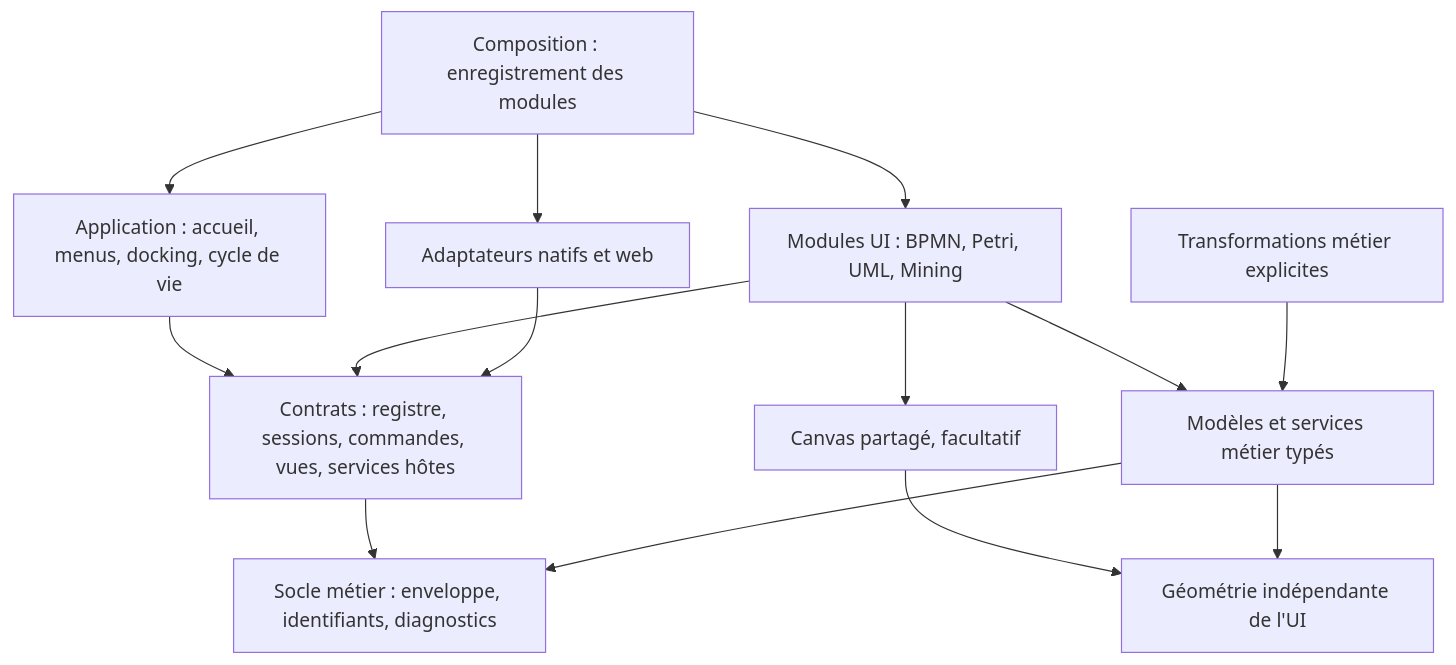
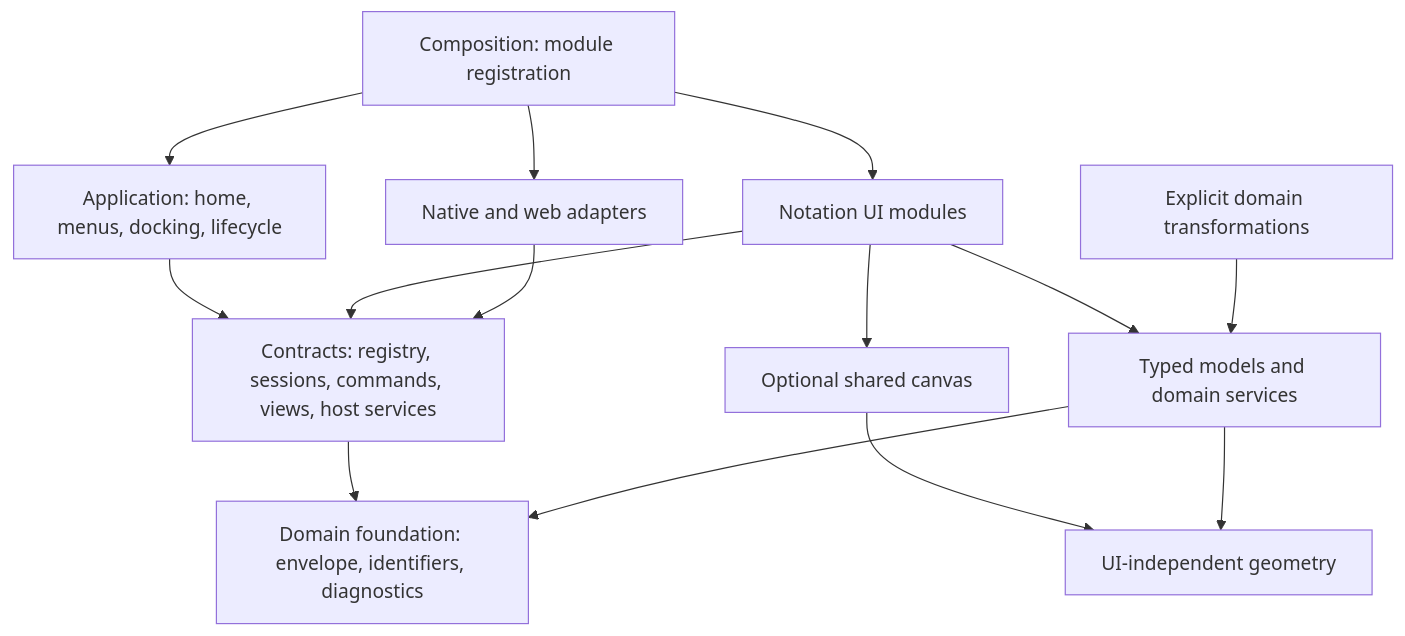
The first of 2 diagrams in docs/architecture-cible.md (linventif/open-process), drawn with Mermaid before and after one commit. The commit also changed other lines of this file and 20 other files, not shown here.

````diff
--- a/docs/architecture-cible.md
+++ b/docs/architecture-cible.md
@@ -36,16 +34,16 @@
 ```mermaid
 flowchart TD
-    Composition["Composition : enregistrement des modules"] --> Features["Modules UI : BPMN, Petri, UML, Mining"]
-    Composition --> Shell["Application : accueil, menus, docking, cycle de vie"]
-    Composition --> Platform["Adaptateurs natifs et web"]
-    Shell --> Contracts["Contrats : registre, sessions, commandes, vues, services hôtes"]
+    Composition["Composition: module registration"] --> Features["Notation UI modules"]
+    Composition --> Shell["Application: home, menus, docking, lifecycle"]
+    Composition --> Platform["Native and web adapters"]
+    Shell --> Contracts["Contracts: registry, sessions, commands, views, host services"]
     Features --> Contracts
-    Features --> Canvas["Canvas partagé, facultatif"]
-    Features --> Models["Modèles et services métier typés"]
+    Features --> Canvas["Optional shared canvas"]
+    Features --> Models["Typed models and domain services"]
     Platform --> Contracts
-    Contracts --> Shared["Socle métier : enveloppe, identifiants, diagnostics"]
-    Canvas --> Geometry["Géométrie indépendante de l'UI"]
+    Contracts --> Shared["Domain foundation: envelope, identifiers, diagnostics"]
+    Canvas --> Geometry["UI-independent geometry"]
     Models --> Shared
     Models --> Geometry
-    Transforms["Transformations métier explicites"] --> Models
+    Transforms["Explicit domain transformations"] --> Models
 ```
````
